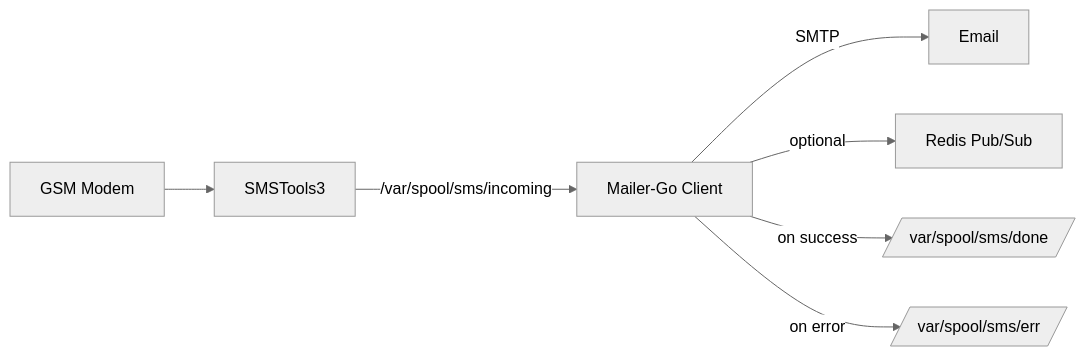
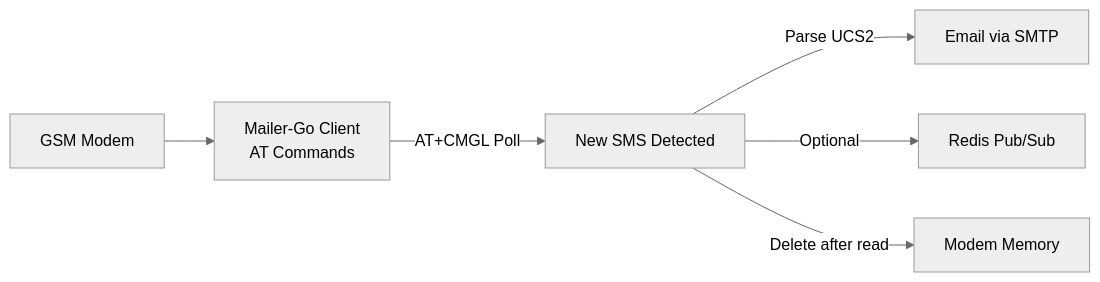
One commit to josnelihurt/mailer-go changed the second of 3 diagrams in README.md. Above: the diagram before and after it, drawn with Mermaid (neutral theme). The commit also changed other lines of this file and 7 other files, not shown here.

````diff
--- a/README.md
+++ b/README.md
@@ -87,9 +83,8 @@
 ```mermaid
 graph LR
-    A[GSM Modem] --> B[SMSTools3]
-    B -->|/var/spool/sms/incoming| C[Mailer-Go Client]
-    C -->|SMTP| D[Email]
-    C -->|optional| E[Redis Pub/Sub]
-    C -->|on success| F[/var/spool/sms/done/]
-    C -->|on error| G[/var/spool/sms/err/]
+    A[GSM Modem] --> B[Mailer-Go Client<br/>AT Commands]
+    B -->|AT+CMGL Poll| C[New SMS Detected]
+    C -->|Parse UCS2| D[Email via SMTP]
+    C -->|Optional| E[Redis Pub/Sub]
+    C -->|Delete after read| F[Modem Memory]
 ```
````
